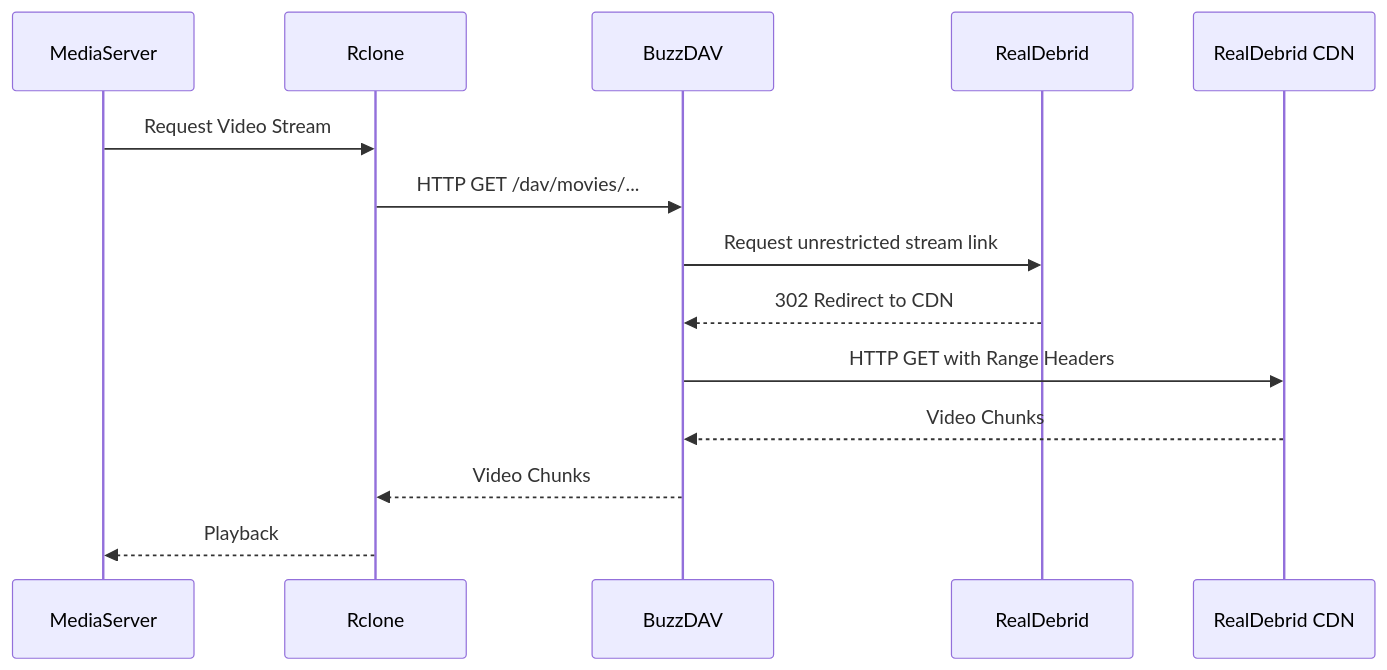
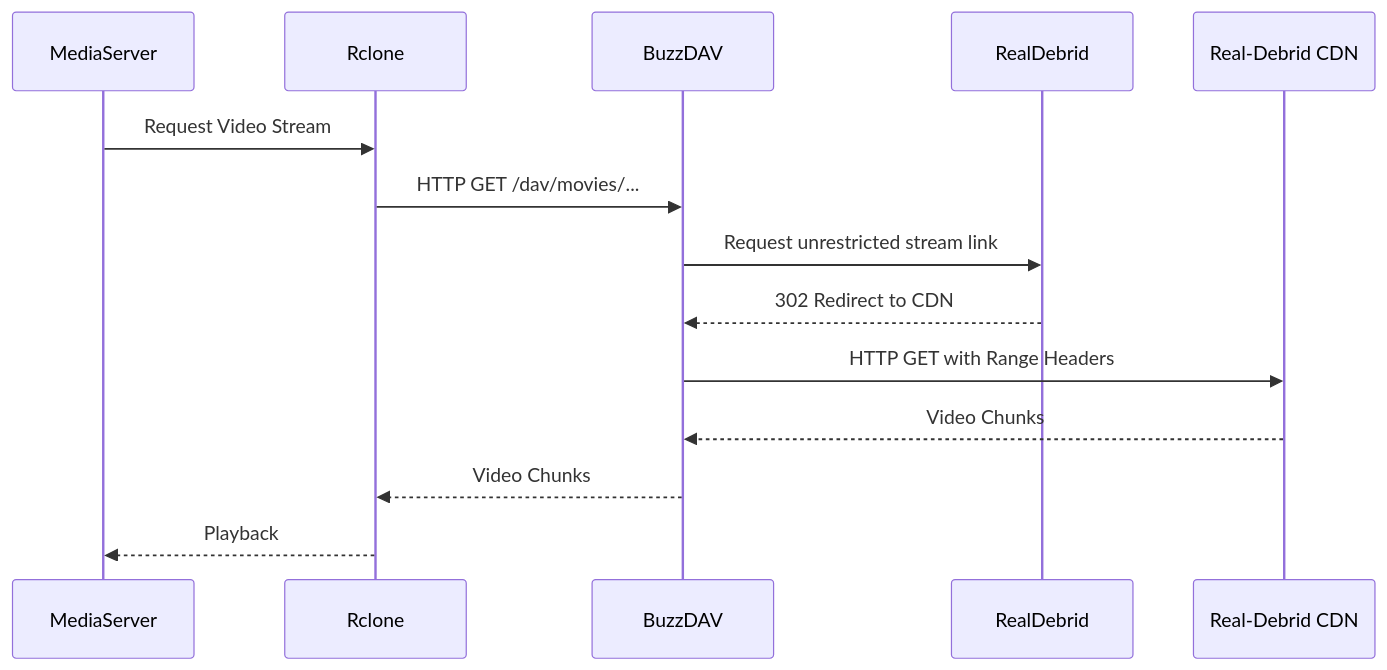
One commit to gchamon/buzz changed the second of 3 diagrams in docs/architecture.md. Above: the diagram before and after it, drawn with Mermaid. The commit also changed other lines of this file, not shown here.

Commit message:
fix diagrams

````diff
--- a/docs/architecture.md
+++ b/docs/architecture.md
@@ -56,15 +56,16 @@
 ```mermaid
 sequenceDiagram
     participant MediaServer
     participant Rclone
     participant BuzzDAV
     participant RealDebrid
+    participant RDCDN as Real-Debrid CDN
     MediaServer->>Rclone: Request Video Stream
     Rclone->>BuzzDAV: HTTP GET /dav/movies/...
     BuzzDAV->>RealDebrid: Request unrestricted stream link
     RealDebrid-->>BuzzDAV: 302 Redirect to CDN
-    BuzzDAV->>RealDebrid CDN: HTTP GET with Range Headers
-    RealDebrid CDN-->>BuzzDAV: Video Chunks
+    BuzzDAV->>RDCDN: HTTP GET with Range Headers
+    RDCDN-->>BuzzDAV: Video Chunks
     BuzzDAV-->>Rclone: Video Chunks
     Rclone-->>MediaServer: Playback
 ```
````
